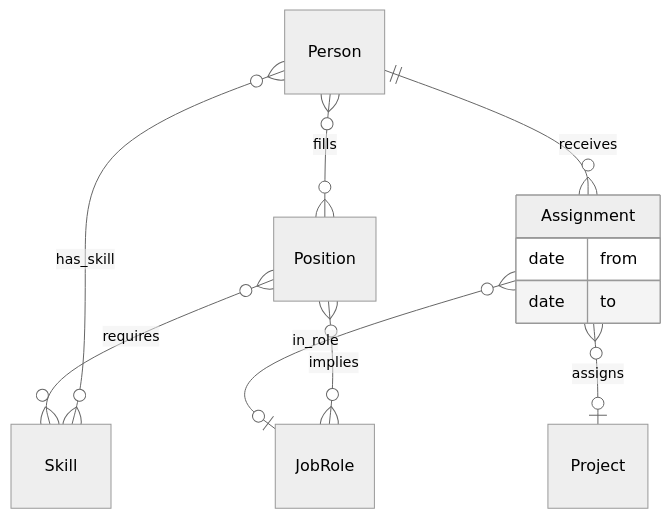
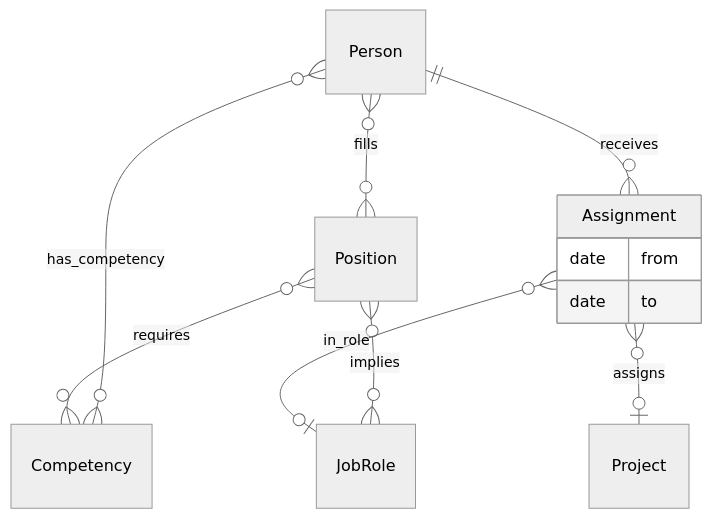
The second of 12 diagrams in SOFTWARE_ORGANIZATION_DOMAIN_MODEL.md (maxvydrin/vision), drawn with Mermaid (neutral theme) before and after one commit. The commit also changed other lines of this file and 3 other files, not shown here.

````diff
--- a/SOFTWARE_ORGANIZATION_DOMAIN_MODEL.md
+++ b/SOFTWARE_ORGANIZATION_DOMAIN_MODEL.md
@@ -120,14 +120,14 @@
 ```mermaid
 erDiagram
     Person }o--o{ Position : "fills"
     Position }o--o{ JobRole : "implies"
-    Person }o--o{ Skill : "has_skill"
-    Position }o--o{ Skill : "requires"
+    Person }o--o{ Competency : "has_competency"
+    Position }o--o{ Competency : "requires"
     Person ||--o{ Assignment : "receives"
     Assignment }o--o| Project : "assigns"
     Assignment }o--o| JobRole : "in_role"
     Assignment {
         date from
         date to
     }
 ```
````
